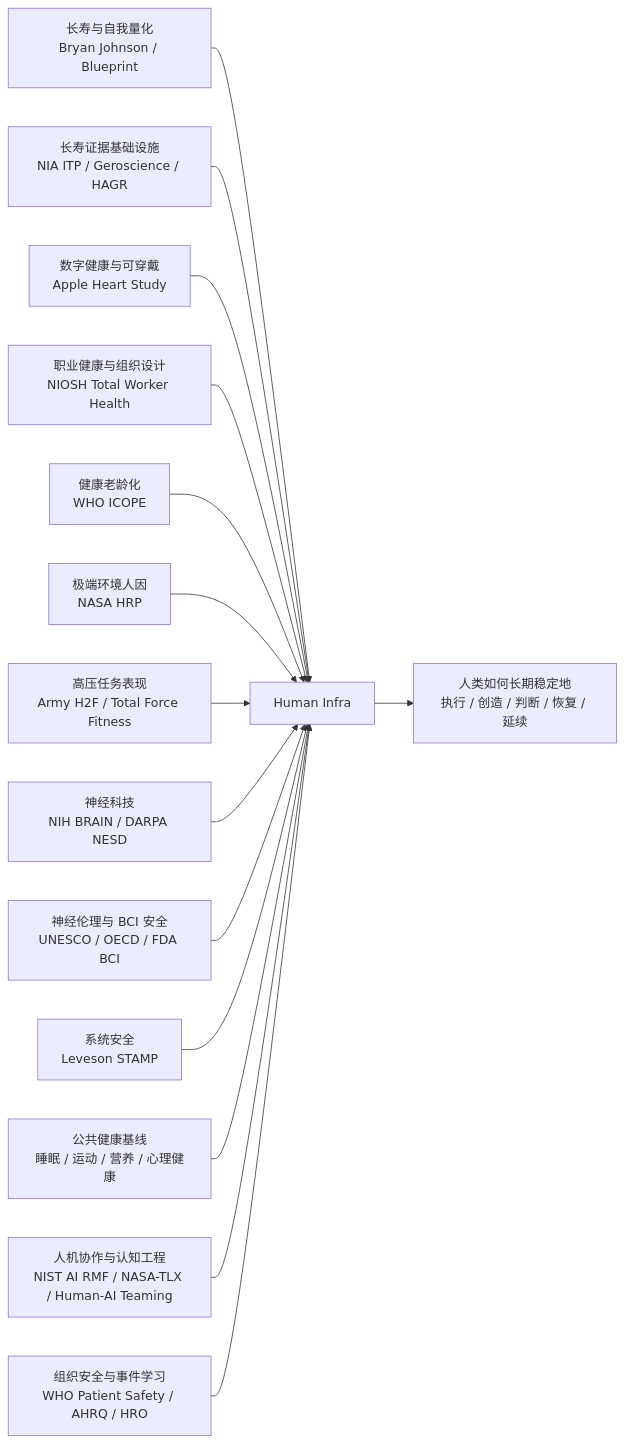
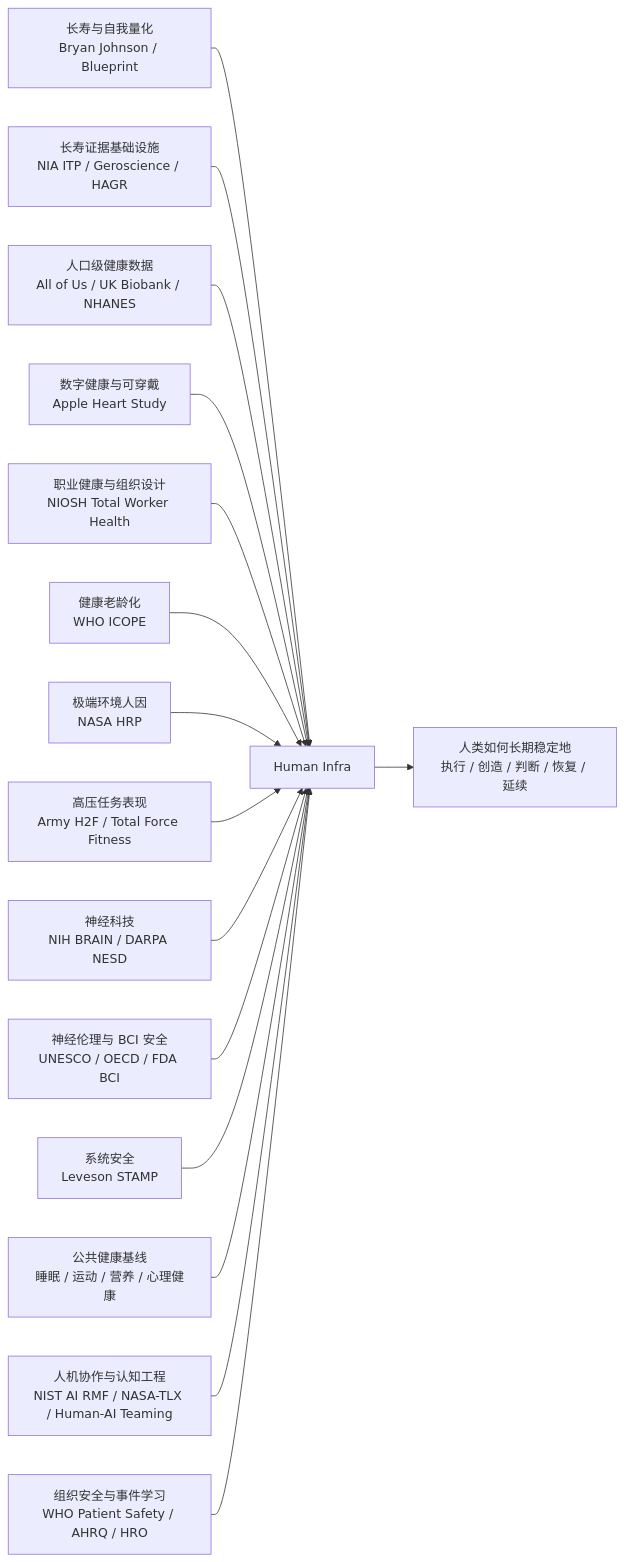
The first of 4 diagrams in README.md (123olp/ys), drawn with Mermaid before and after one commit. The commit also changed other lines of this file and 2 other files, not shown here.

````diff
--- a/README.md
+++ b/README.md
@@ -22,18 +22,19 @@
 ```mermaid
 flowchart LR
     A[长寿与自我量化<br/>Bryan Johnson / Blueprint] --> H[Human Infra]
     L[长寿证据基础设施<br/>NIA ITP / Geroscience / HAGR] --> H
+    P[人口级健康数据<br/>All of Us / UK Biobank / NHANES] --> H
     B[数字健康与可穿戴<br/>Apple Heart Study] --> H
     C[职业健康与组织设计<br/>NIOSH Total Worker Health] --> H
     D[健康老龄化<br/>WHO ICOPE] --> H
     E[极端环境人因<br/>NASA HRP] --> H
     F[高压任务表现<br/>Army H2F / Total Force Fitness] --> H
     G[神经科技<br/>NIH BRAIN / DARPA NESD] --> H
     N[神经伦理与 BCI 安全<br/>UNESCO / OECD / FDA BCI] --> H
     I[系统安全<br/>Leveson STAMP] --> H
     K[公共健康基线<br/>睡眠 / 运动 / 营养 / 心理健康] --> H
     M[人机协作与认知工程<br/>NIST AI RMF / NASA-TLX / Human-AI Teaming] --> H
     O[组织安全与事件学习<br/>WHO Patient Safety / AHRQ / HRO] --> H
 
     H --> J[人类如何长期稳定地<br/>执行 / 创造 / 判断 / 恢复 / 延续]
 ```
````
